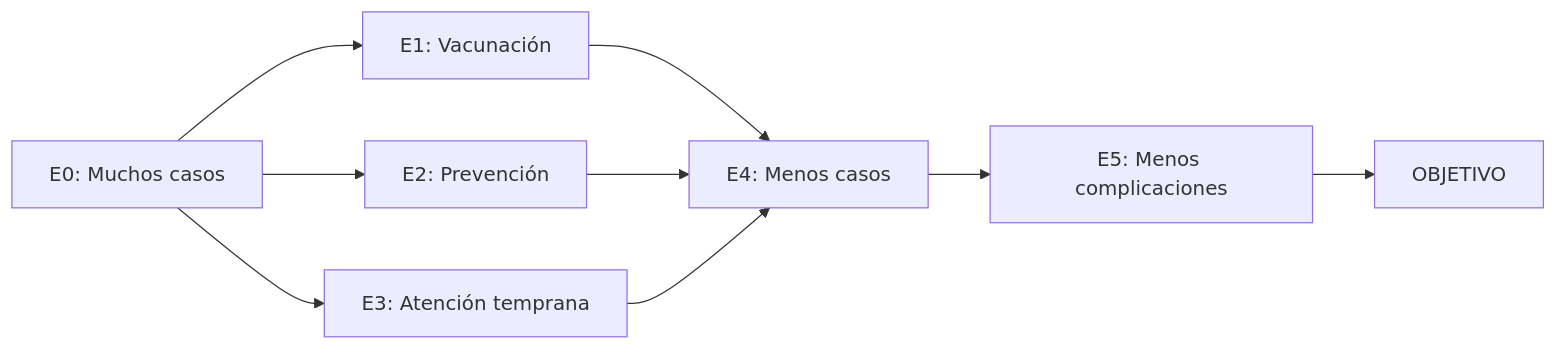
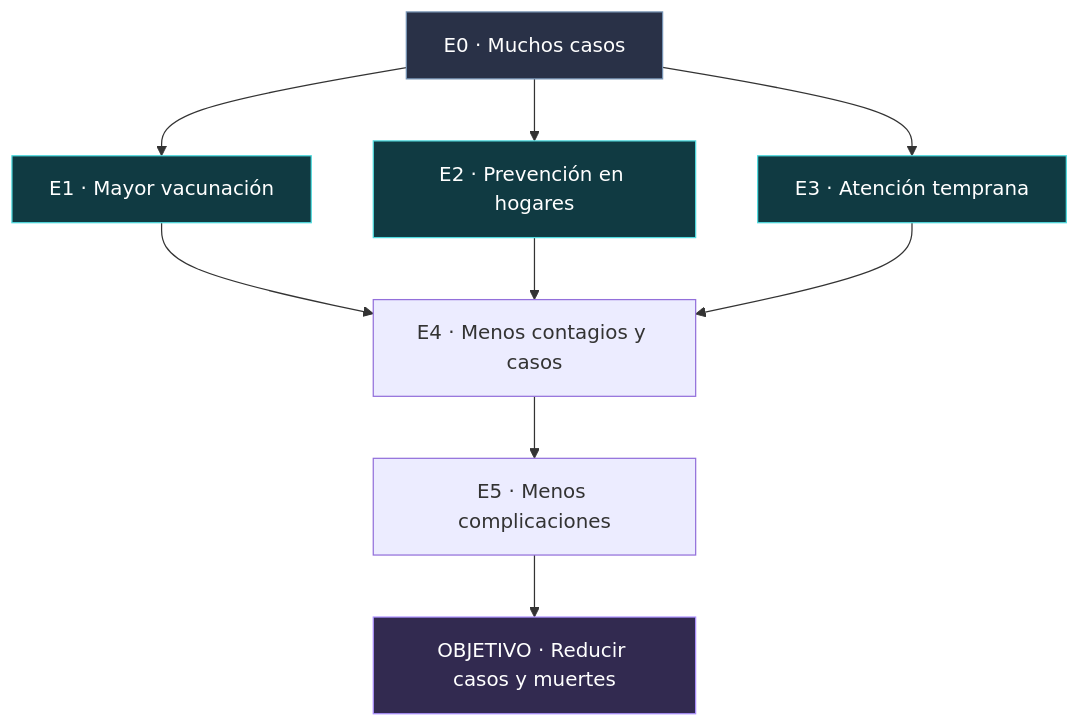
Before and after one commit to Dylan200-7/Challenge_IRA_INTELLIGENCE: the second of 3 diagrams in README.md, drawn with Mermaid. The commit also changed other lines of this file and 1 other file, not shown here.

````diff
--- a/README.md
+++ b/README.md
@@ -55,11 +160,16 @@
 ```mermaid
-flowchart LR
-    E0["E0: Muchos casos"] --> E1["E1: Vacunación"]
-    E0 --> E2["E2: Prevención"]
-    E0 --> E3["E3: Atención temprana"]
-    E1 --> E4["E4: Menos casos"]
+flowchart TD
+    E0["E0 · Muchos casos"] --> E1["E1 · Mayor vacunación"]
+    E0 --> E2["E2 · Prevención en hogares"]
+    E0 --> E3["E3 · Atención temprana"]
+    E1 --> E4["E4 · Menos contagios y casos"]
     E2 --> E4
     E3 --> E4
-    E4 --> E5["E5: Menos complicaciones"]
-    E5 --> O["OBJETIVO"]
+    E4 --> E5["E5 · Menos complicaciones"]
+    E5 --> O["OBJETIVO · Reducir casos y muertes"]
+    style E0 fill:#293147,stroke:#7694b5,color:#fff
+    style E1 fill:#103a42,stroke:#50dce0,color:#fff
+    style E2 fill:#103a42,stroke:#50dce0,color:#fff
+    style E3 fill:#103a42,stroke:#50dce0,color:#fff
+    style O fill:#322a50,stroke:#ac91ff,color:#fff
 ```
````
